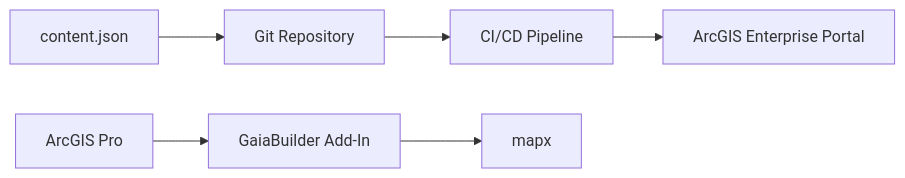
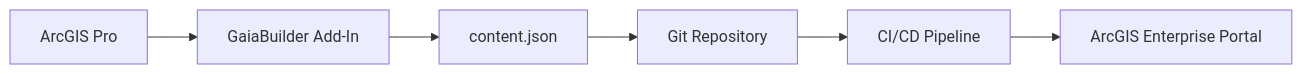
One commit to merkator-software/GaiaBuilder-manual changed the diagram in Configuration_examples/Publishing an experience builder app/README.md. Above: the diagram before and after it, drawn with Mermaid.

````diff
--- a/Configuration_examples/Publishing an experience builder app/README.md
+++ b/Configuration_examples/Publishing an experience builder app/README.md
@@ -23,15 +23,15 @@
 ```mermaid
 graph LR
   pro[ArcGIS Pro]
   addon[GaiaBuilder Add-In]
   expb[content.json]
   git[Git Repository]
   pipeline[CI/CD Pipeline]
   portal[ArcGIS Enterprise Portal]
 
   pro --> addon
-  addon --> mapx
+  addon --> expb
   expb --> git
   git --> pipeline
   pipeline --> portal
 ```
````
